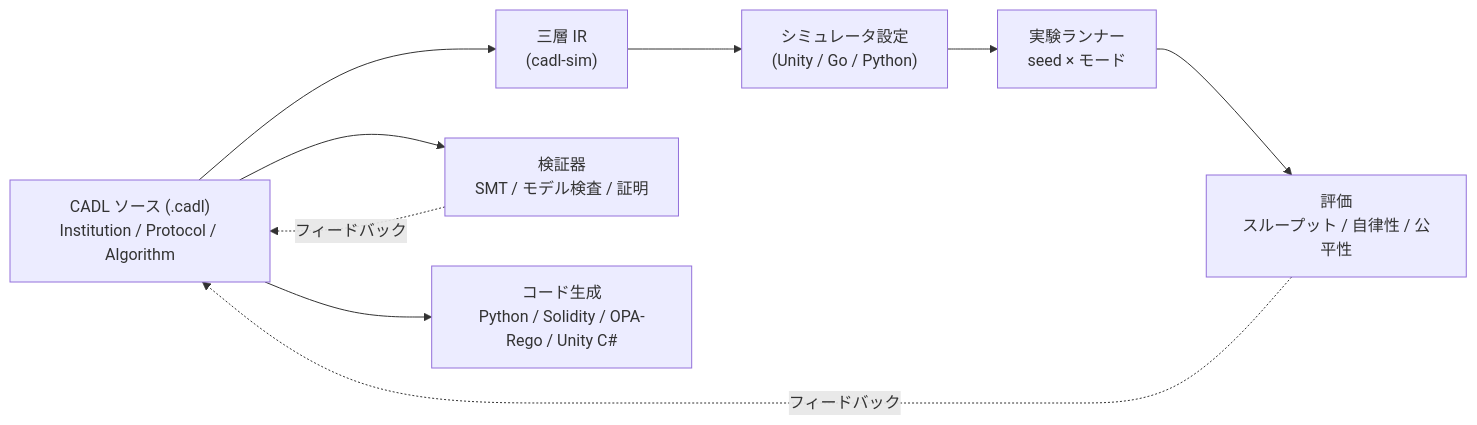
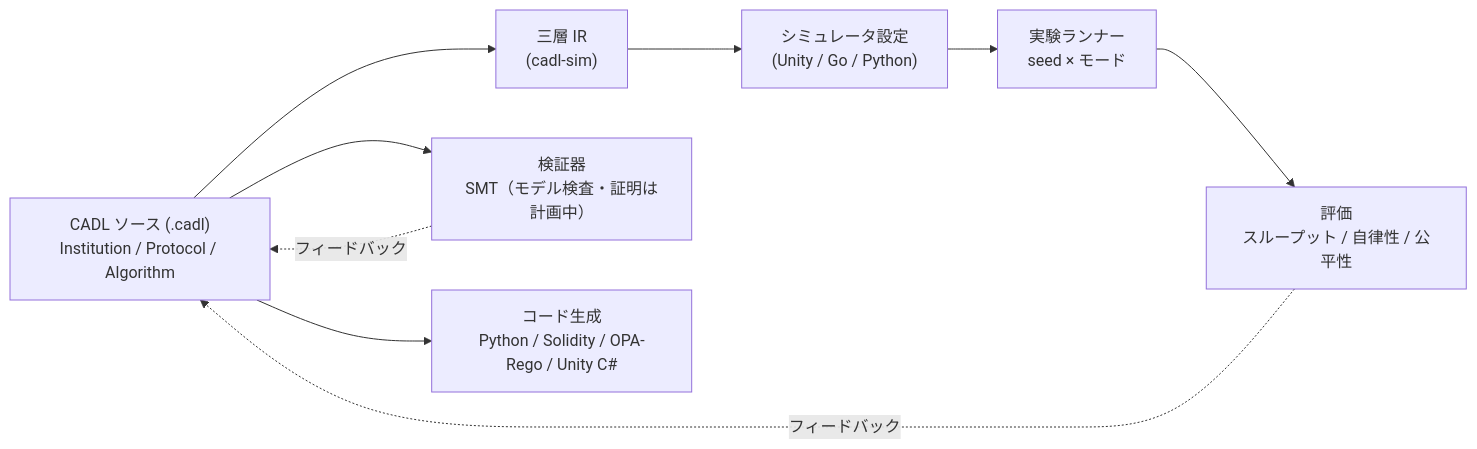
One commit to ertlnagoya/cadl-spec changed the diagram in i18n/ja/docusaurus-plugin-content-docs/current/spec/intro.md. Above: the diagram before and after it, drawn with Mermaid. The commit also changed 11 other files, not shown here.

````diff
--- a/i18n/ja/docusaurus-plugin-content-docs/current/spec/intro.md
+++ b/i18n/ja/docusaurus-plugin-content-docs/current/spec/intro.md
@@ -30,19 +30,19 @@
 ```mermaid
 flowchart LR
     SRC["CADL ソース (.cadl)<br/>Institution / Protocol / Algorithm"]
     IR["三層 IR<br/>(cadl-sim)"]
-    VER["検証器<br/>SMT / モデル検査 / 証明"]
+    VER["検証器<br/>SMT（モデル検査・証明は計画中）"]
     CFG["シミュレータ設定<br/>(Unity / Go / Python)"]
     CODE["コード生成<br/>Python / Solidity / OPA-Rego / Unity C#"]
     EXP["実験ランナー<br/>seed × モード"]
     EVAL["評価<br/>スループット / 自律性 / 公平性"]
 
     SRC --> VER
     SRC --> CODE
     SRC --> IR
     IR --> CFG
     CFG --> EXP
     EXP --> EVAL
     VER -. フィードバック .-> SRC
     EVAL -. フィードバック .-> SRC
 ```
````
